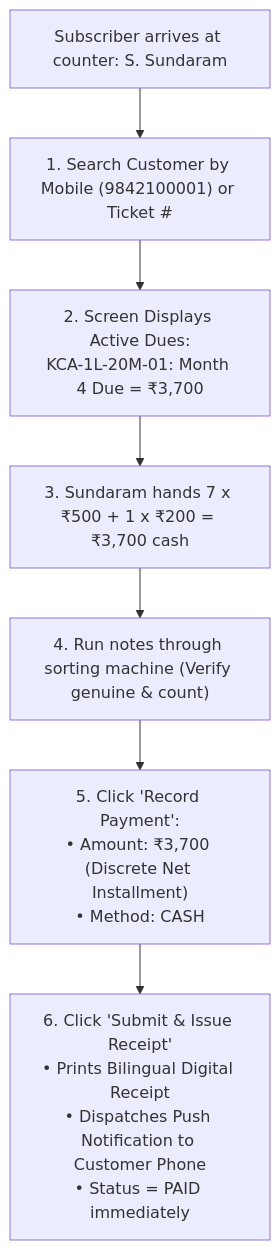
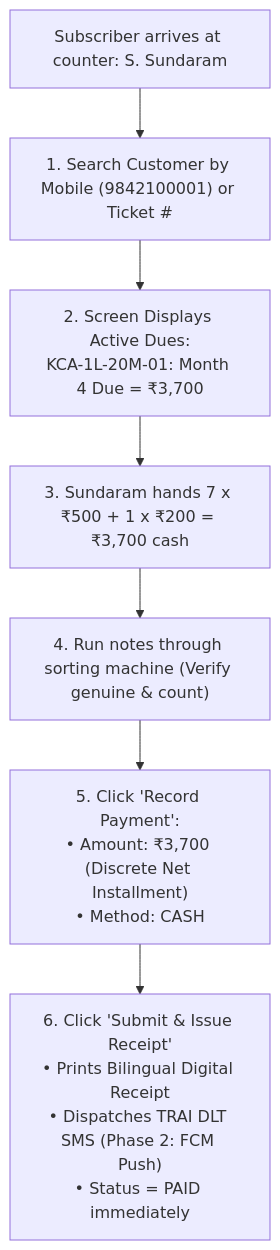
One commit to Kathir-24/Kumaran-finance changed the third of 11 diagrams in docs/07-operations/user-manuals/accountant-desk-manual.md. Above: the diagram before and after it, drawn with Mermaid. The commit also changed other lines of this file and 4 other files, not shown here.

````diff
--- a/docs/07-operations/user-manuals/accountant-desk-manual.md
+++ b/docs/07-operations/user-manuals/accountant-desk-manual.md
@@ -80,9 +80,9 @@
 ```mermaid
 flowchart TD
     Customer["Subscriber arrives at counter: S. Sundaram"] --> Lookup["1. Search Customer by Mobile (9842100001) or Ticket #"]
     Lookup --> Display["2. Screen Displays Active Dues:\nKCA-1L-20M-01: Month 4 Due = ₹3,700"]
     Display --> Cash["3. Sundaram hands 7 x ₹500 + 1 x ₹200 = ₹3,700 cash"]
     Cash --> Machine["4. Run notes through sorting machine (Verify genuine & count)"]
     Machine --> Record["5. Click 'Record Payment':\n• Amount: ₹3,700 (Discrete Net Installment)\n• Method: CASH"]
-    Record --> Receipt["6. Click 'Submit & Issue Receipt'\n• Prints Bilingual Digital Receipt\n• Dispatches Push Notification to Customer Phone\n• Status = PAID immediately"]
+    Record --> Receipt["6. Click 'Submit & Issue Receipt'\n• Prints Bilingual Digital Receipt\n• Dispatches TRAI DLT SMS (Phase 2: FCM Push)\n• Status = PAID immediately"]
 ```
````
